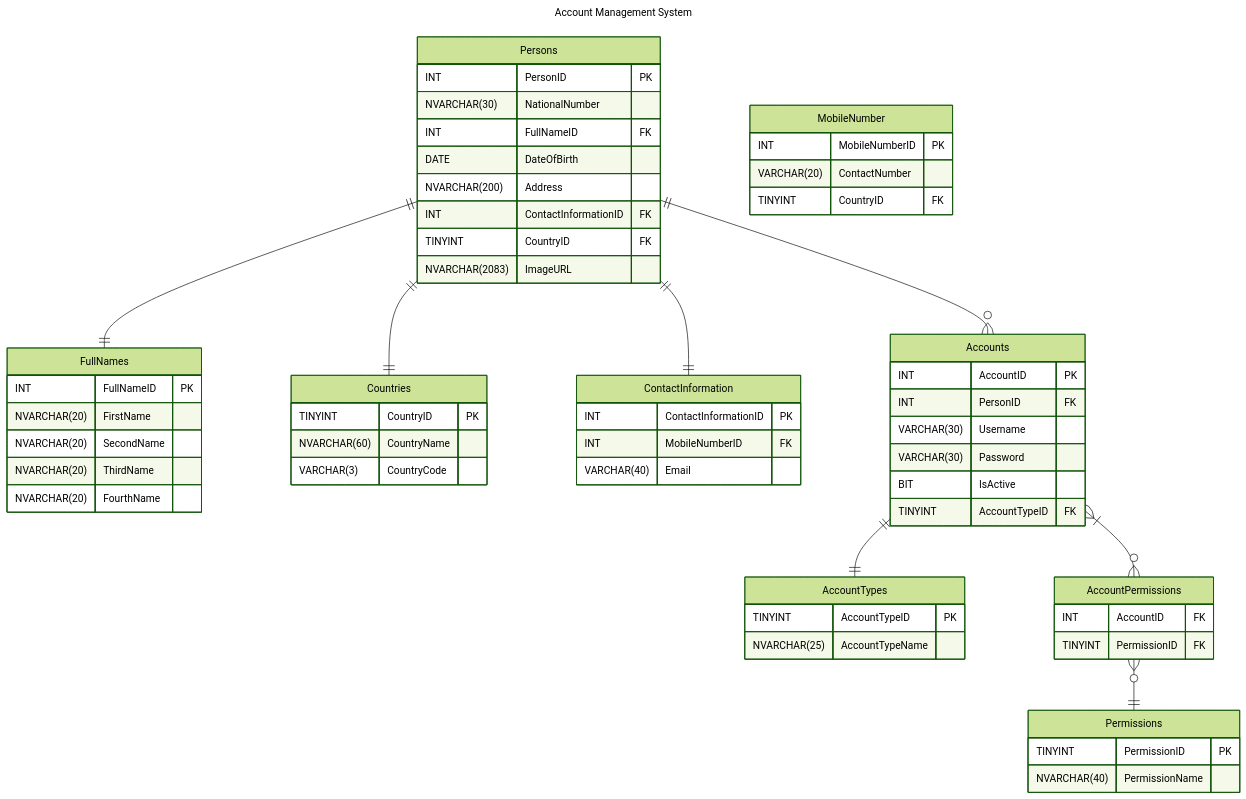
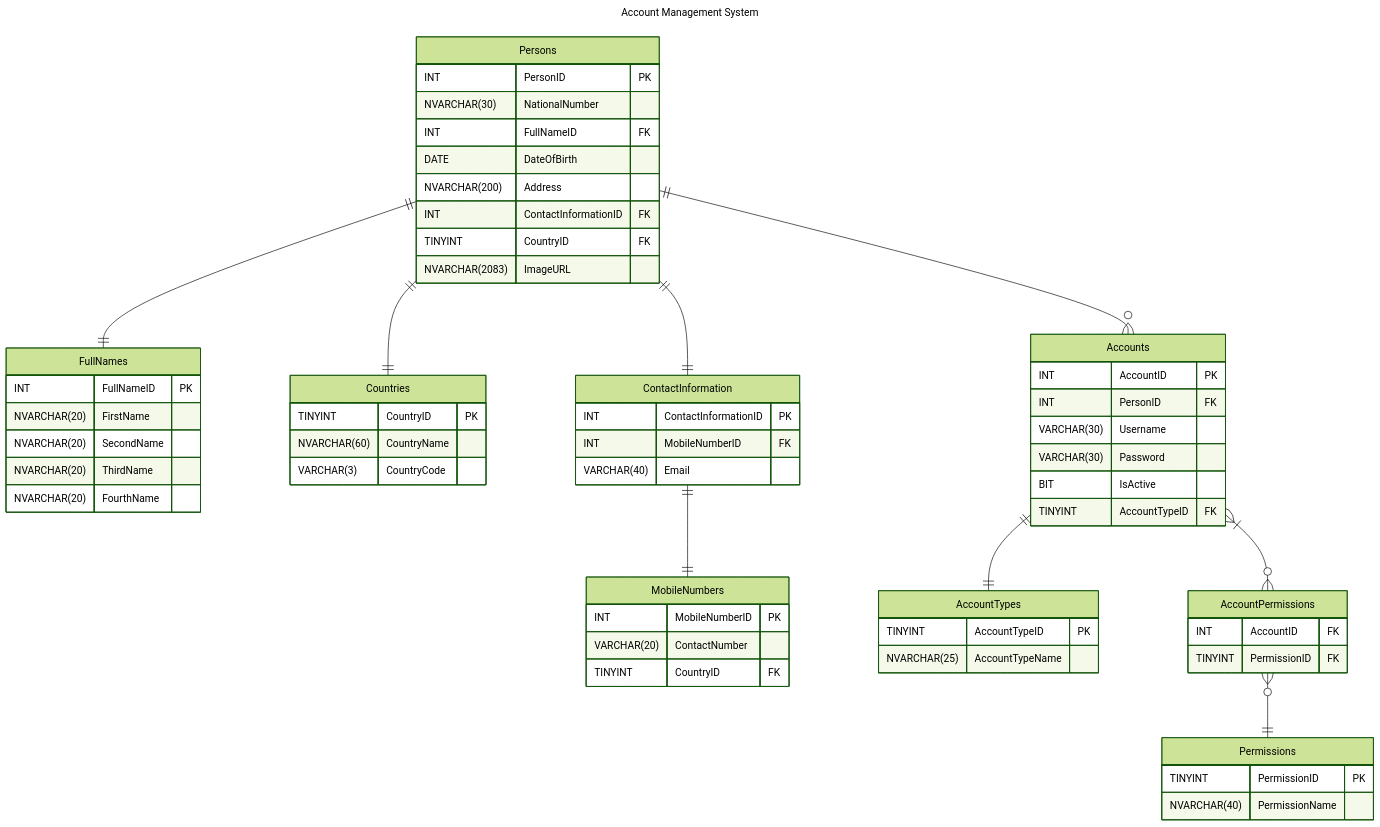
The diagram in RelationalSchemasAndDatabases/AccountManagementSystem/AccountManagementSystem.mmd (M4MD24/Full-Real-Project-by-Programming-Advices), drawn with Mermaid (forest theme) before and after one commit. The commit also changed 3 other files, not shown here.

Commit message:
Enhance Relational Schemas and Databases

```diff
--- a/RelationalSchemasAndDatabases/AccountManagementSystem/AccountManagementSystem.mmd
+++ b/RelationalSchemasAndDatabases/AccountManagementSystem/AccountManagementSystem.mmd
@@ -1,64 +1,65 @@
 ---
 title: Account Management System
 ---
 erDiagram
     Persons {
         INT PersonID PK
         NVARCHAR(30) NationalNumber
         INT FullNameID FK
         DATE DateOfBirth
         NVARCHAR(200) Address
         INT ContactInformationID FK
         TINYINT CountryID FK
         NVARCHAR(2083) ImageURL
     }
     FullNames {
         INT FullNameID PK
         NVARCHAR(20) FirstName
         NVARCHAR(20) SecondName
         NVARCHAR(20) ThirdName
         NVARCHAR(20) FourthName
     }
     Countries {
         TINYINT CountryID PK
         NVARCHAR(60) CountryName
         VARCHAR(3) CountryCode
     }
-    MobileNumber {
+    MobileNumbers {
         INT MobileNumberID PK
         VARCHAR(20) ContactNumber
         TINYINT CountryID FK
     }
     ContactInformation {
         INT ContactInformationID PK
         INT MobileNumberID FK
         VARCHAR(40) Email
     }
     AccountTypes {
         TINYINT AccountTypeID PK
         NVARCHAR(25) AccountTypeName
     }
     Accounts {
         INT AccountID PK
         INT PersonID FK
         VARCHAR(30) Username
         VARCHAR(30) Password
         BIT IsActive
         TINYINT AccountTypeID FK
     }
     AccountPermissions {
         INT AccountID FK
         TINYINT PermissionID FK
     }
     Permissions {
         TINYINT PermissionID PK
         NVARCHAR(40) PermissionName
     }
 
     Persons ||--|| FullNames: ""
     Persons ||--|| Countries: ""
     Persons ||--|| ContactInformation: ""
+    ContactInformation ||--|| MobileNumbers: ""
     Persons ||--o{ Accounts: ""
     Accounts ||--|| AccountTypes: ""
     Accounts }|--o{ AccountPermissions: ""
     AccountPermissions }o--|| Permissions: ""
```
